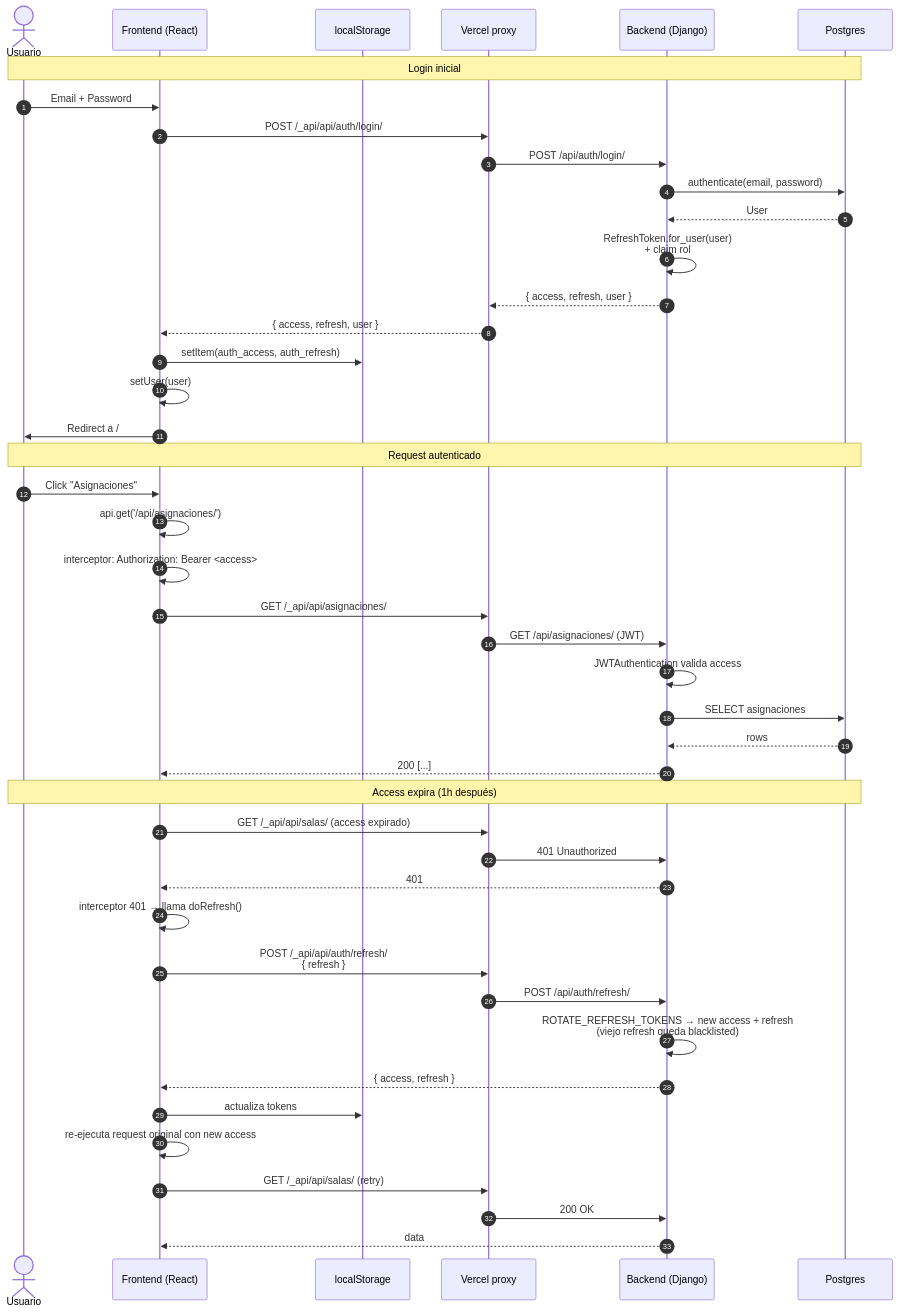
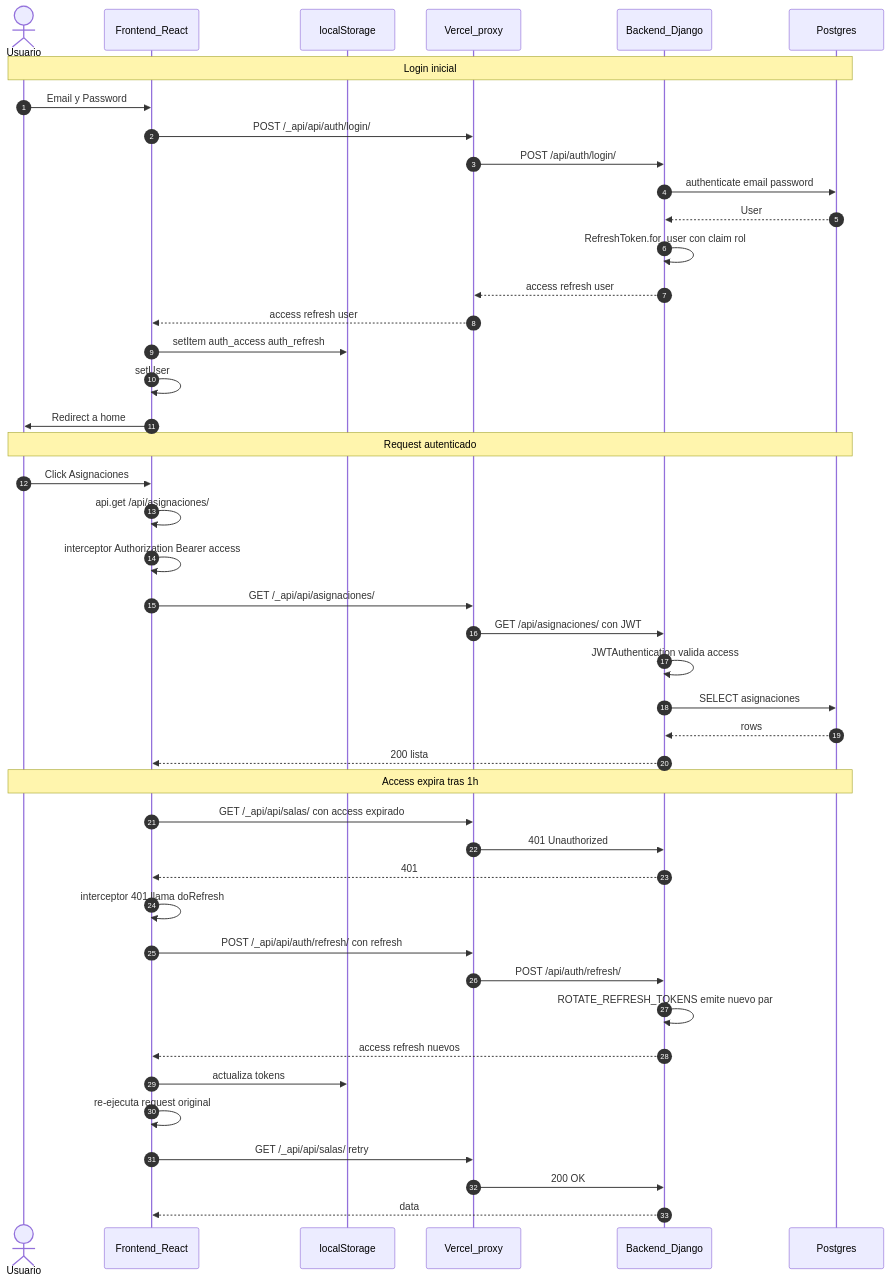
Before and after one commit to FilipaoVfx/Sistema-de-gestion-de-monitores: the fourth of 10 diagrams in README.md, drawn with Mermaid. The commit also changed other lines of this file, not shown here.

Commit message:
docs(readme): sanitiza diagramas Mermaid para GitHub renderer

````diff
--- a/README.md
+++ b/README.md
@@ -367,49 +367,49 @@
 ```mermaid
 sequenceDiagram
     autonumber
     actor U as Usuario
-    participant F as Frontend (React)
+    participant F as Frontend_React
     participant LS as localStorage
-    participant V as Vercel proxy
-    participant B as Backend (Django)
+    participant V as Vercel_proxy
+    participant B as Backend_Django
     participant DB as Postgres
 
     Note over U,DB: Login inicial
-    U->>F: Email + Password
+    U->>F: Email y Password
     F->>V: POST /_api/api/auth/login/
     V->>B: POST /api/auth/login/
-    B->>DB: authenticate(email, password)
+    B->>DB: authenticate email password
     DB-->>B: User
-    B->>B: RefreshToken.for_user(user)<br/>+ claim rol
-    B-->>V: { access, refresh, user }
-    V-->>F: { access, refresh, user }
-    F->>LS: setItem(auth_access, auth_refresh)
-    F->>F: setUser(user)
-    F->>U: Redirect a /
+    B->>B: RefreshToken.for_user con claim rol
+    B-->>V: access refresh user
+    V-->>F: access refresh user
+    F->>LS: setItem auth_access auth_refresh
+    F->>F: setUser
+    F->>U: Redirect a home
 
     Note over U,DB: Request autenticado
-    U->>F: Click "Asignaciones"
-    F->>F: api.get('/api/asignaciones/')
-    F->>F: interceptor: Authorization: Bearer <access>
+    U->>F: Click Asignaciones
+    F->>F: api.get /api/asignaciones/
+    F->>F: interceptor Authorization Bearer access
     F->>V: GET /_api/api/asignaciones/
-    V->>B: GET /api/asignaciones/ (JWT)
+    V->>B: GET /api/asignaciones/ con JWT
     B->>B: JWTAuthentication valida access
     B->>DB: SELECT asignaciones
     DB-->>B: rows
-    B-->>F: 200 [...]
+    B-->>F: 200 lista
 
-    Note over U,DB: Access expira (1h después)
-    F->>V: GET /_api/api/salas/ (access expirado)
+    Note over U,DB: Access expira tras 1h
+    F->>V: GET /_api/api/salas/ con access expirado
     V->>B: 401 Unauthorized
     B-->>F: 401
-    F->>F: interceptor 401 → llama doRefresh()
-    F->>V: POST /_api/api/auth/refresh/<br/>{ refresh }
+    F->>F: interceptor 401 llama doRefresh
+    F->>V: POST /_api/api/auth/refresh/ con refresh
     V->>B: POST /api/auth/refresh/
-    B->>B: ROTATE_REFRESH_TOKENS → new access + refresh<br/>(viejo refresh queda blacklisted)
-    B-->>F: { access, refresh }
+    B->>B: ROTATE_REFRESH_TOKENS emite nuevo par
+    B-->>F: access refresh nuevos
     F->>LS: actualiza tokens
-    F->>F: re-ejecuta request original con new access
-    F->>V: GET /_api/api/salas/ (retry)
+    F->>F: re-ejecuta request original
+    F->>V: GET /_api/api/salas/ retry
     V->>B: 200 OK
     B-->>F: data
 ```
````
